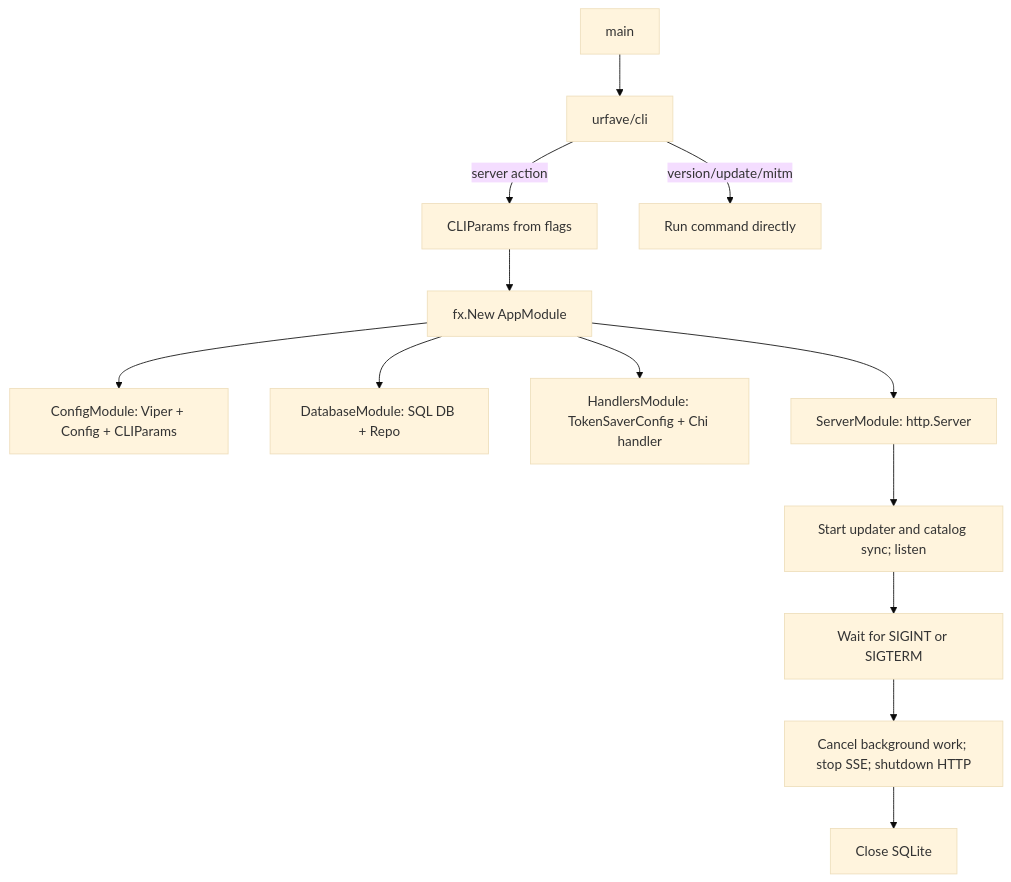
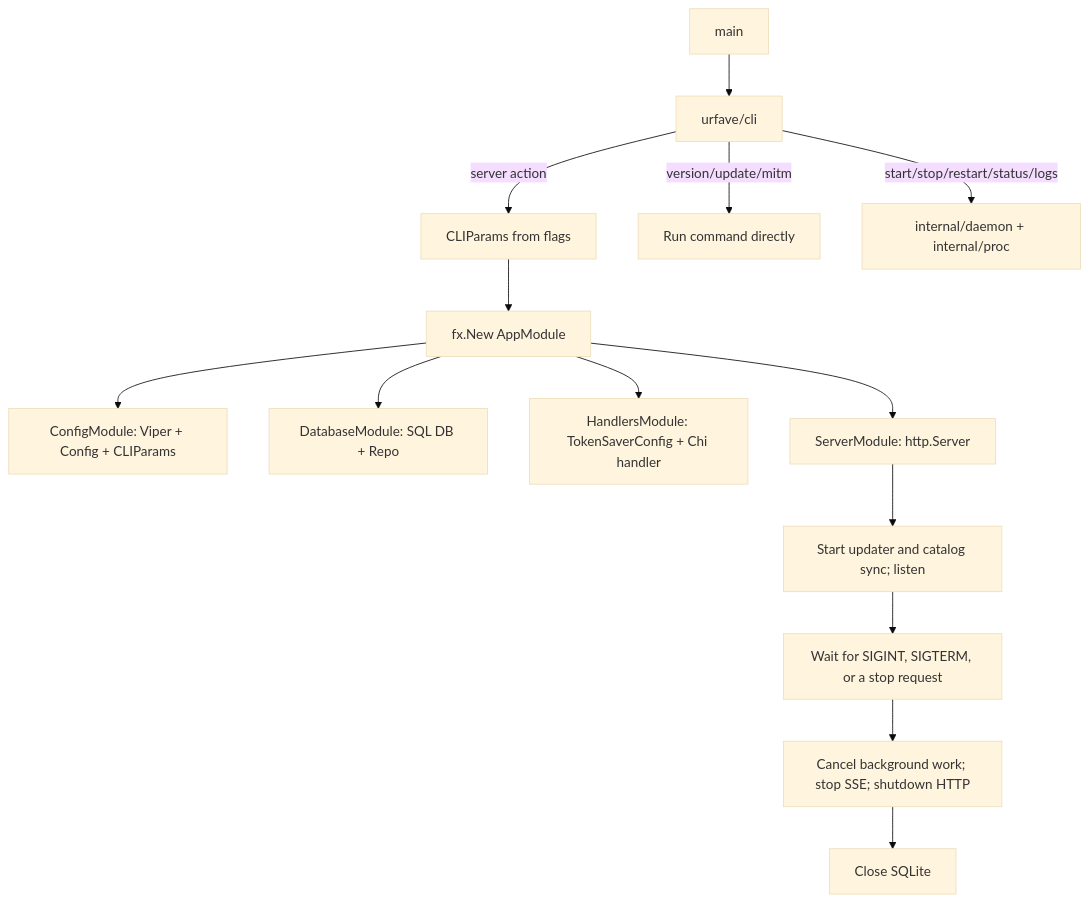
The second of 3 diagrams in ARCHITECTURE.md (satriazoid/9router-go), drawn with Mermaid (base theme) before and after one commit. The commit also changed other lines of this file and 20 other files, not shown here.

````diff
--- a/ARCHITECTURE.md
+++ b/ARCHITECTURE.md
@@ -59,15 +70,16 @@
 ```mermaid
 flowchart TD
     Main[main] --> CLI[urfave/cli]
     CLI -->|server action| Params[CLIParams from flags]
     CLI -->|version/update/mitm| Command[Run command directly]
+    CLI -->|start/stop/restart/status/logs| Daemon[internal/daemon + internal/proc]
     Params --> Fx[fx.New AppModule]
     Fx --> Config[ConfigModule: Viper + Config + CLIParams]
     Fx --> Database[DatabaseModule: SQL DB + Repo]
     Fx --> Handlers[HandlersModule: TokenSaverConfig + Chi handler]
     Fx --> Server[ServerModule: http.Server]
     Server --> OnStart[Start updater and catalog sync; listen]
-    OnStart --> Signal[Wait for SIGINT or SIGTERM]
+    OnStart --> Signal[Wait for SIGINT, SIGTERM, or a stop request]
     Signal --> OnStop[Cancel background work; stop SSE; shutdown HTTP]
     OnStop --> DBClose[Close SQLite]
 ```
````
